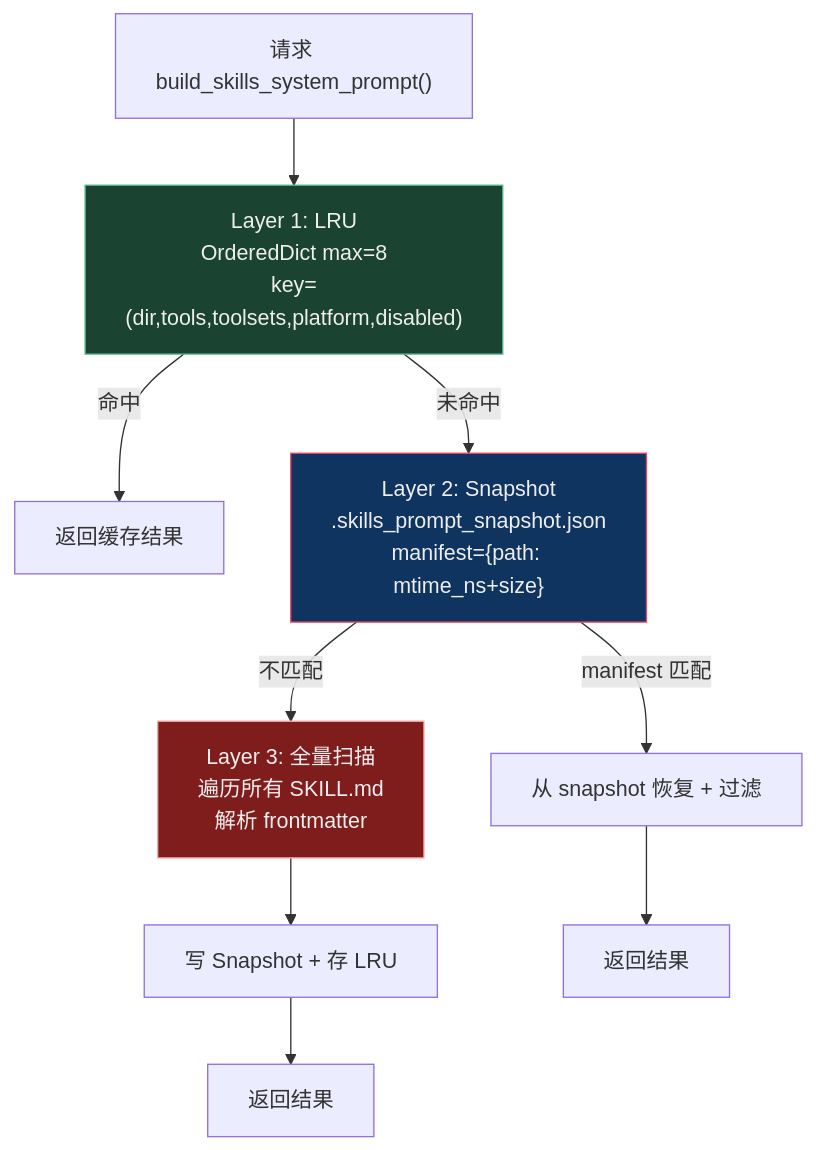
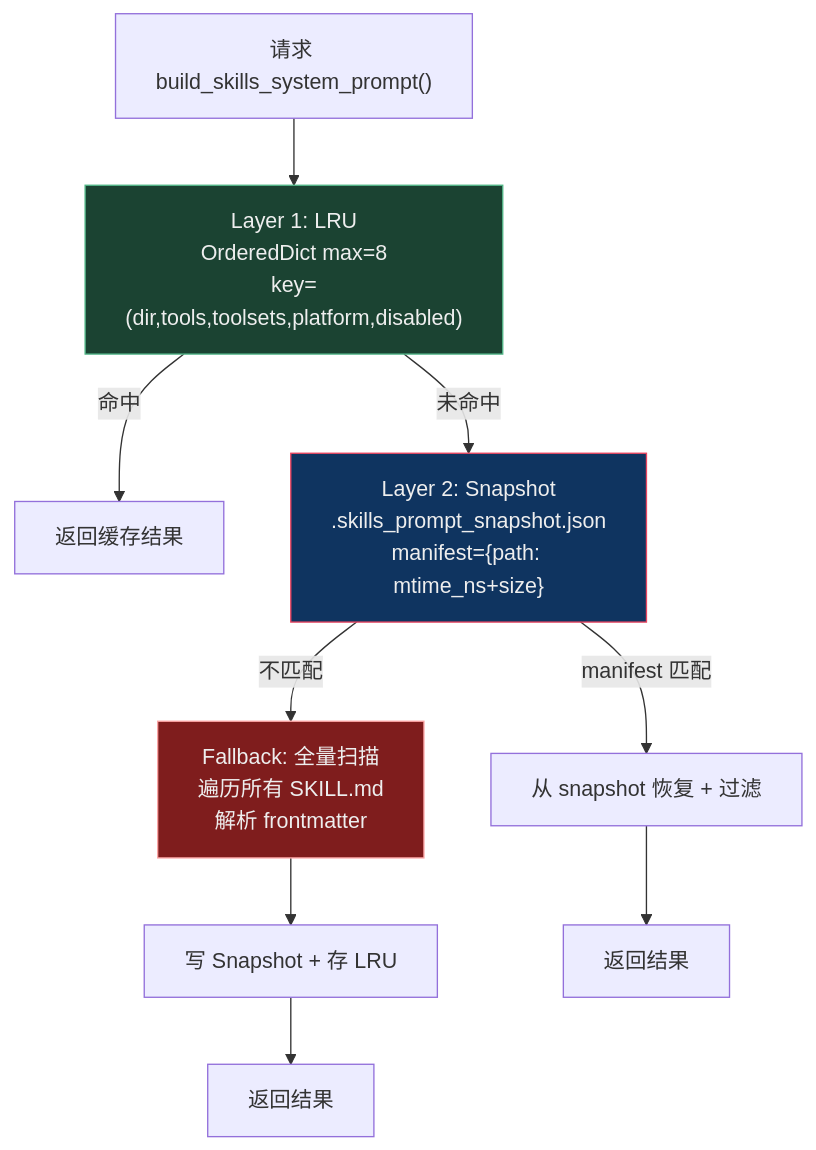
One commit to M1racleShih/hermes-relay changed the fourth of 6 diagrams in notes/source/02-prompt-assembly.md. Above: the diagram before and after it, drawn with Mermaid. The commit also changed other lines of this file and 8 other files, not shown here.

````diff
--- a/notes/source/02-prompt-assembly.md
+++ b/notes/source/02-prompt-assembly.md
@@ -165,20 +171,20 @@
 ```mermaid
 graph TD
     REQ["请求 build_skills_system_prompt()"]
     
     REQ --> LRU["Layer 1: LRU<br/>OrderedDict max=8<br/>key=(dir,tools,toolsets,platform,disabled)"]
     LRU -->|"命中"| RET1["返回缓存结果"]
     LRU -->|"未命中"| SNAP["Layer 2: Snapshot<br/>.skills_prompt_snapshot.json<br/>manifest={path: mtime_ns+size}"]
     
     SNAP -->|"manifest 匹配"| RESTORE["从 snapshot 恢复 + 过滤"]
-    SNAP -->|"不匹配"| SCAN["Layer 3: 全量扫描<br/>遍历所有 SKILL.md<br/>解析 frontmatter"]
+    SNAP -->|"不匹配"| SCAN["Fallback: 全量扫描<br/>遍历所有 SKILL.md<br/>解析 frontmatter"]
     
     SCAN --> WRITE["写 Snapshot + 存 LRU"]
     
     RESTORE --> RET2["返回结果"]
     WRITE --> RET3["返回结果"]
 
     style LRU fill:#1b4332,stroke:#52b788,color:#eee
     style SNAP fill:#0f3460,stroke:#e94560,color:#eee
     style SCAN fill:#7f1d1d,stroke:#fca5a5,color:#eee
 ```
````
